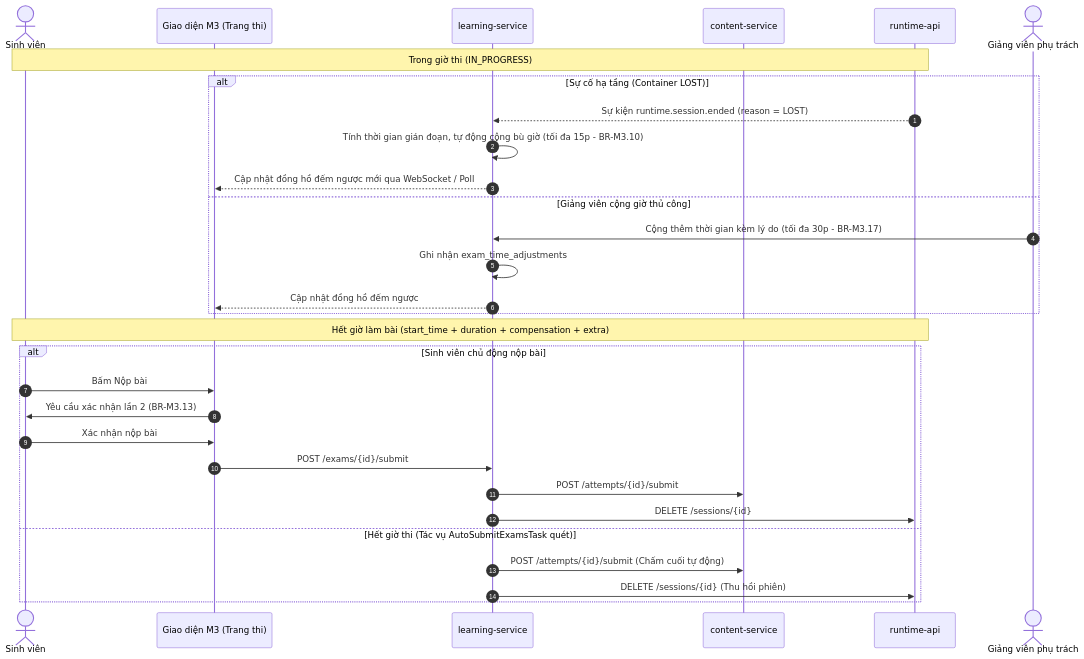
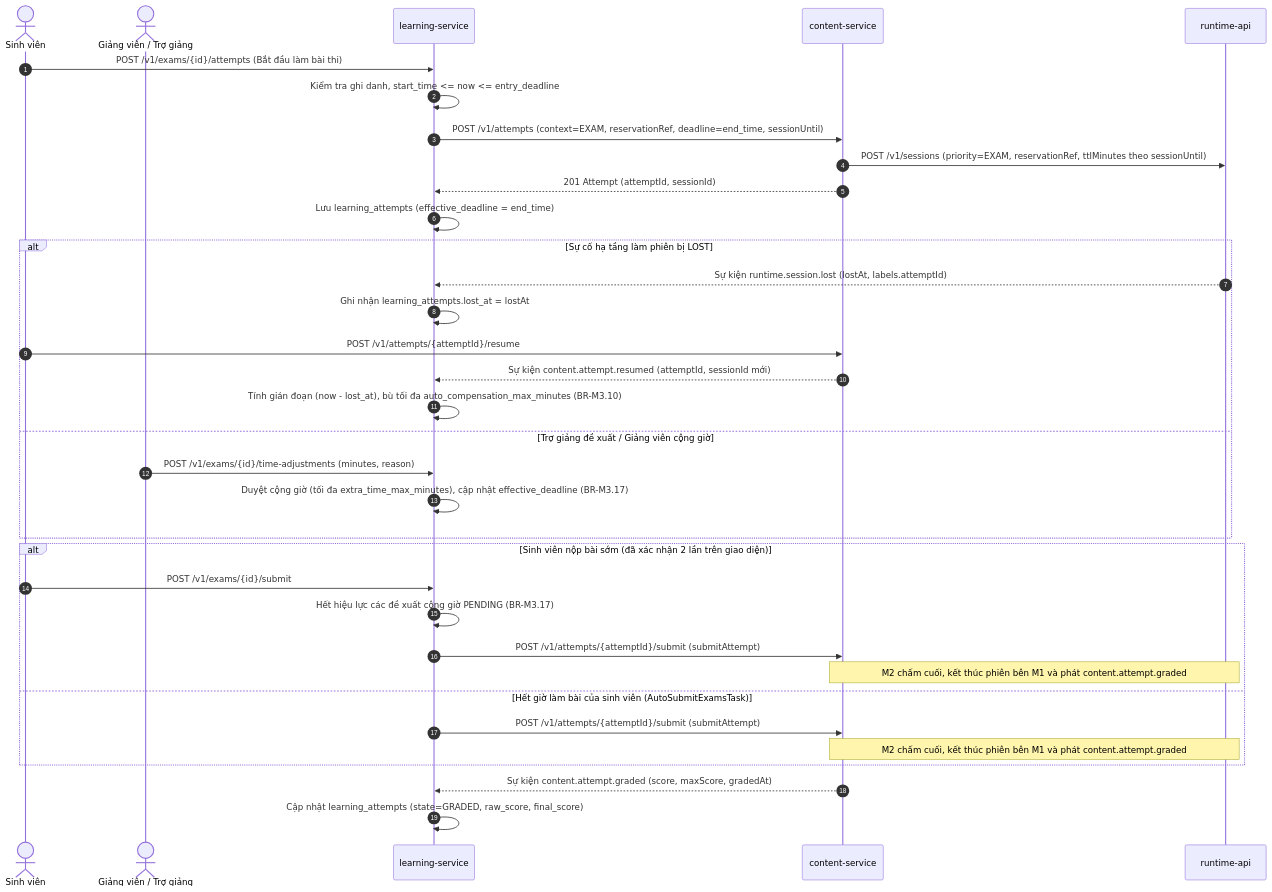
The fourth of 5 diagrams in docs/modules/m3-learning.md (NhatMinh0311/Crucible), drawn with Mermaid before and after one commit. The commit also changed other lines of this file and 1 other file, not shown here.

First line of the commit message:
Hiệu đính thiết kế module M3 khớp hợp đồng đã merge

````diff
--- a/docs/modules/m3-learning.md
+++ b/docs/modules/m3-learning.md
@@ -308,34 +433,39 @@
 ```mermaid
 sequenceDiagram
     autonumber
     actor SV as Sinh viên
-    participant UI as Giao diện M3 (Trang thi)
+    actor GV as Giảng viên / Trợ giảng
     participant M3 as learning-service
     participant M2 as content-service
     participant M1 as runtime-api
 
-    Note over SV, M1: Trong giờ thi (IN_PROGRESS)
-    alt Sự cố hạ tầng (Container LOST)
-        M1-->>M3: Sự kiện runtime.session.ended (reason = LOST)
-        M3->>M3: Tính thời gian gián đoạn, tự động cộng bù giờ (tối đa 15p - BR-M3.10)
-        M3-->>UI: Cập nhật đồng hồ đếm ngược mới qua WebSocket / Poll
-    else Giảng viên cộng giờ thủ công
-        actor GV as Giảng viên phụ trách
-        GV->>M3: Cộng thêm thời gian kèm lý do (tối đa 30p - BR-M3.17)
-        M3->>M3: Ghi nhận exam_time_adjustments
-        M3-->>UI: Cập nhật đồng hồ đếm ngược
+    SV->>M3: POST /v1/exams/{id}/attempts (Bắt đầu làm bài thi)
+    M3->>M3: Kiểm tra ghi danh, start_time <= now <= entry_deadline
+    M3->>M2: POST /v1/attempts (context=EXAM, reservationRef, deadline=end_time, sessionUntil)
+    M2->>M1: POST /v1/sessions (priority=EXAM, reservationRef, ttlMinutes theo sessionUntil)
+    M2-->>M3: 201 Attempt (attemptId, sessionId)
+    M3->>M3: Lưu learning_attempts (effective_deadline = end_time)
+
+    alt Sự cố hạ tầng làm phiên bị LOST
+        M1-->>M3: Sự kiện runtime.session.lost (lostAt, labels.attemptId)
+        M3->>M3: Ghi nhận learning_attempts.lost_at = lostAt
+        SV->>M2: POST /v1/attempts/{attemptId}/resume
+        M2-->>M3: Sự kiện content.attempt.resumed (attemptId, sessionId mới)
+        M3->>M3: Tính gián đoạn (now - lost_at), bù tối đa auto_compensation_max_minutes (BR-M3.10)
+    else Trợ giảng đề xuất / Giảng viên cộng giờ
+        GV->>M3: POST /v1/exams/{id}/time-adjustments (minutes, reason)
+        M3->>M3: Duyệt cộng giờ (tối đa extra_time_max_minutes), cập nhật effective_deadline (BR-M3.17)
     end
 
-    Note over SV, M1: Hết giờ làm bài (start_time + duration + compensation + extra)
-    alt Sinh viên chủ động nộp bài
-        SV->>UI: Bấm Nộp bài
-        UI->>SV: Yêu cầu xác nhận lần 2 (BR-M3.13)
-        SV->>UI: Xác nhận nộp bài
-        UI->>M3: POST /exams/{id}/submit
-        M3->>M2: POST /attempts/{id}/submit
-        M3->>M1: DELETE /sessions/{id}
-    else Hết giờ thi (Tác vụ AutoSubmitExamsTask quét)
-        M3->>M2: POST /attempts/{id}/submit (Chấm cuối tự động)
-        M3->>M1: DELETE /sessions/{id} (Thu hồi phiên)
+    alt Sinh viên nộp bài sớm (đã xác nhận 2 lần trên giao diện)
+        SV->>M3: POST /v1/exams/{id}/submit
+        M3->>M3: Hết hiệu lực các đề xuất cộng giờ PENDING (BR-M3.17)
+        M3->>M2: POST /v1/attempts/{attemptId}/submit (submitAttempt)
+        Note over M2,M1: M2 chấm cuối, kết thúc phiên bên M1 và phát content.attempt.graded
+    else Hết giờ làm bài của sinh viên (AutoSubmitExamsTask)
+        M3->>M2: POST /v1/attempts/{attemptId}/submit (submitAttempt)
+        Note over M2,M1: M2 chấm cuối, kết thúc phiên bên M1 và phát content.attempt.graded
     end
+    M2-->>M3: Sự kiện content.attempt.graded (score, maxScore, gradedAt)
+    M3->>M3: Cập nhật learning_attempts (state=GRADED, raw_score, final_score)
 ```
````
